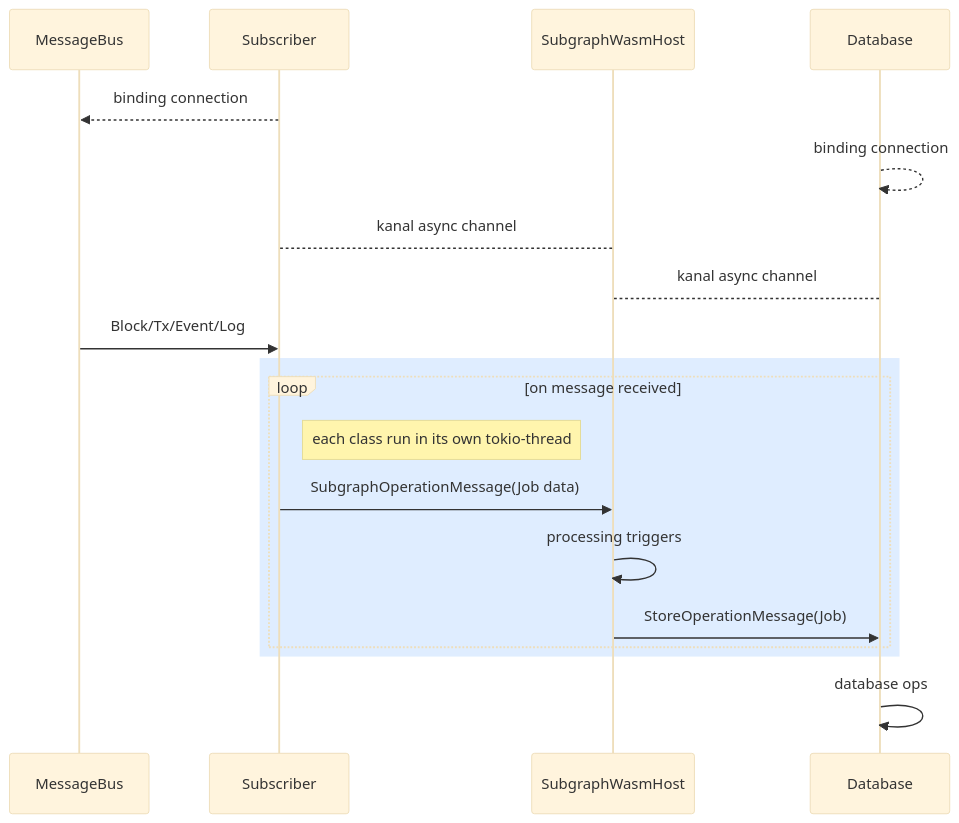
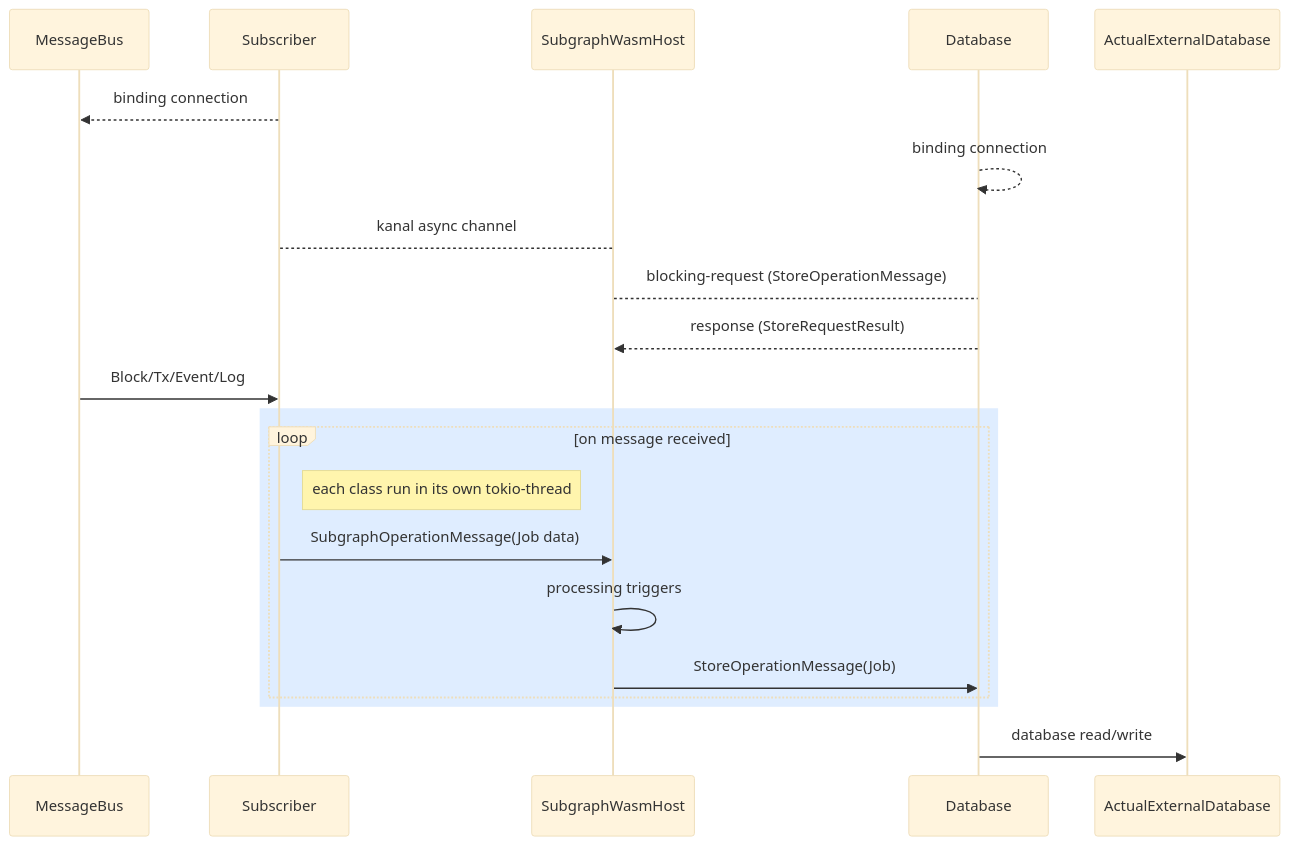
The diagram in README.md (datafast-network/datafast-runtime), drawn with Mermaid (base theme) before and after one commit.

````diff
--- a/README.md
+++ b/README.md
@@ -15,25 +15,26 @@
 ```mermaid
 sequenceDiagram
     participant MessageBus
     participant Subscriber
     participant SubgraphWasmHost
     participant Database
     participant Database
 
     Subscriber-->>MessageBus: binding connection
     Database-->>Database: binding connection
     Subscriber-->SubgraphWasmHost: kanal async channel
-    SubgraphWasmHost-->Database: kanal async channel
+    SubgraphWasmHost-->Database: blocking-request (StoreOperationMessage)
+    Database-->>SubgraphWasmHost: response (StoreRequestResult)
     MessageBus->>Subscriber: Block/Tx/Event/Log
 
     rect rgb(191, 220, 255, .5)
     loop on message received
         note right of Subscriber: each class run in its own tokio-thread
         Subscriber->> SubgraphWasmHost: SubgraphOperationMessage(Job data)
         SubgraphWasmHost->>SubgraphWasmHost: processing triggers
         SubgraphWasmHost->>Database: StoreOperationMessage(Job)
     end
     end
 
-    Database->>Database: database ops
+    Database->>ActualExternalDatabase: database read/write
 ```
````
